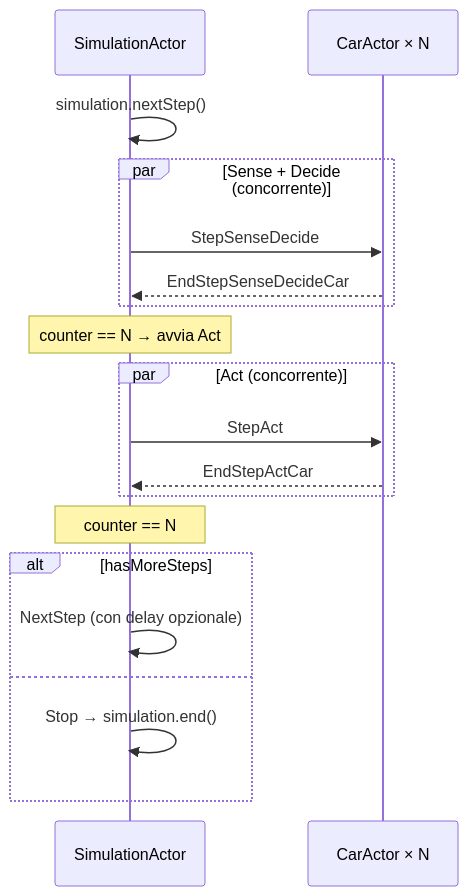
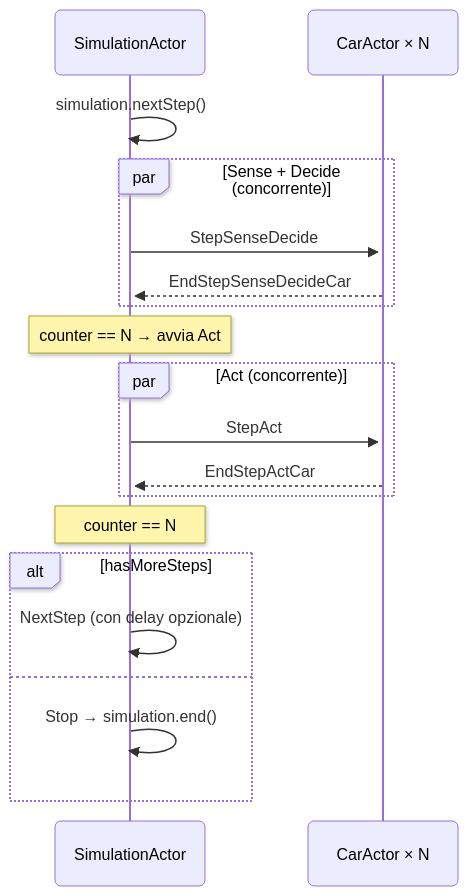
Before and after one commit to JBmanu/PCD-03: the fourth of 6 diagrams in simulation-car/doc/report.md, drawn with Mermaid. The commit also changed other lines of this file and 2 other files, not shown here.

````diff
--- a/simulation-car/doc/report.md
+++ b/simulation-car/doc/report.md
@@ -112,22 +127,28 @@
 ```mermaid
+---
+config:
+  theme: default
+  layout: dagre
+  look: neo
+---
 sequenceDiagram
     participant SA as SimulationActor
     participant CA as CarActor × N
 
     SA->>SA: simulation.nextStep()
     par Sense + Decide (concorrente)
         SA->>CA: StepSenseDecide
         CA-->>SA: EndStepSenseDecideCar
     end
     Note over SA: counter == N → avvia Act
     par Act (concorrente)
         SA->>CA: StepAct
         CA-->>SA: EndStepActCar
     end
     Note over SA: counter == N
     alt hasMoreSteps
         SA->>SA: NextStep (con delay opzionale)
     else
         SA->>SA: Stop → simulation.end()
     end
 ```
````
